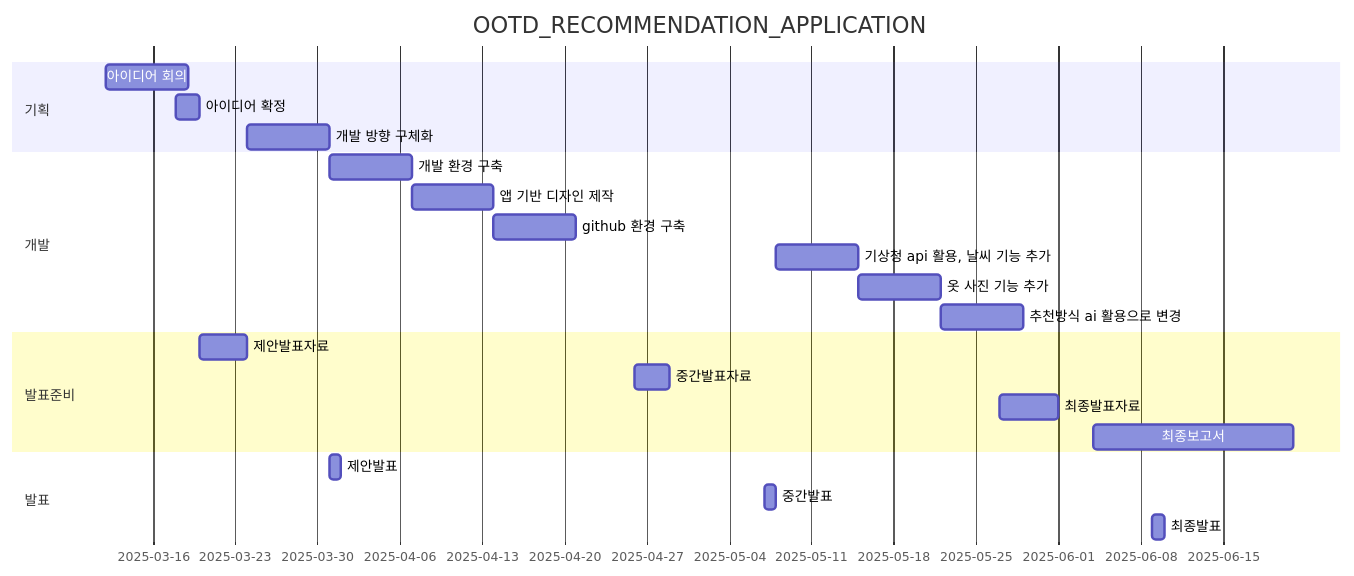
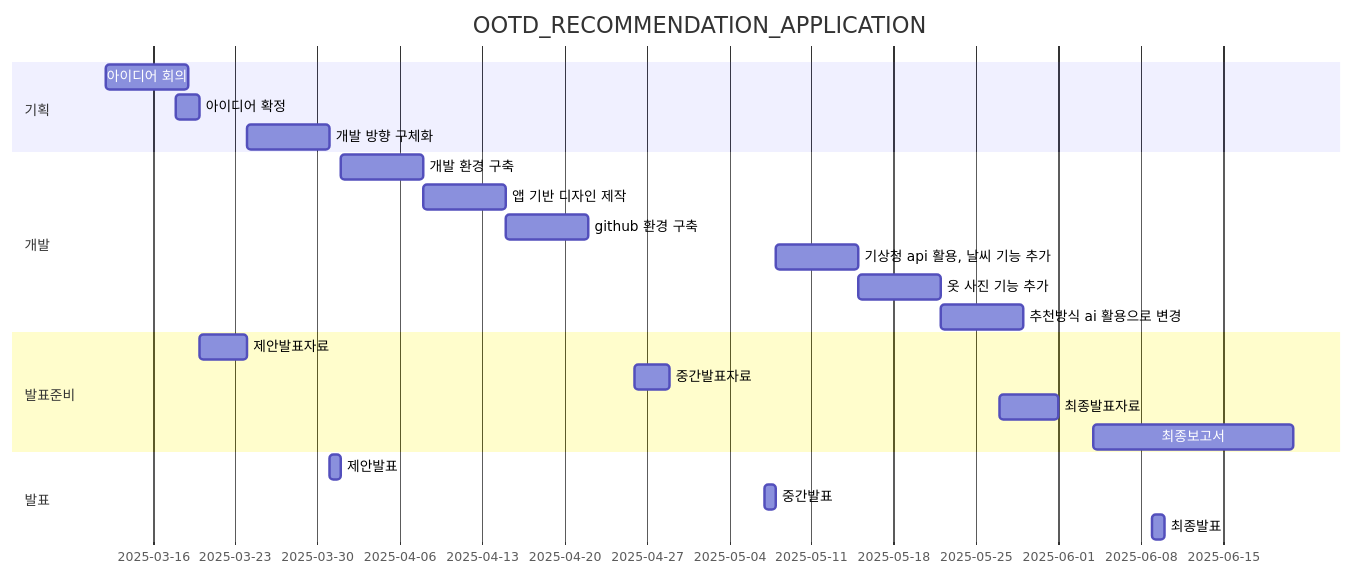
Before and after one commit to Introduction-to-Engineering-Design-13/LOR: the diagram in project-plan.md, drawn with Mermaid.

````diff
--- a/project-plan.md
+++ b/project-plan.md
@@ -1,32 +1,32 @@
 ```mermaid
 gantt
     title OOTD_RECOMMENDATION_APPLICATION
 
     dateFormat  YYYY-MM-DD
 
     section 기획
     아이디어 회의      :a1, 2025-03-12, 7d
     아이디어 확정      :a2, 2025-03-18, 2d
     개발 방향 구체화    :a3, after d1, 7d
     
     section 개발
-    개발 환경 구축        :c1, after a3, 7d
+    개발 환경 구축        :c1, after e1, 7d
     앱 기반 디자인 제작    :c2, after c1, 7d
     github 환경 구축       :c6,after c2,7d
     기상청 api 활용, 날씨 기능 추가     : c3, after e2, 7d
     옷 사진 기능 추가      :c5,after c3,7d
     추천방식 ai 활용으로 변경        :c4 , after c5, 7d
 
 
     section 발표준비
     제안발표자료        :d1,    after a2,      4d
     중간발표자료        :d2,    2025-04-26,    3d
     최종발표자료        :d3,    2025-05-27,    5d
     최종보고서          :d4,    2025-06-04,    17d
 
     section 발표
     제안발표            :e1,    2025-03-31,    1d 
     중간발표            :e2,    2025-05-07,    1d
     최종발표            :e3,    2025-06-09,    1d
 
 ```
````
